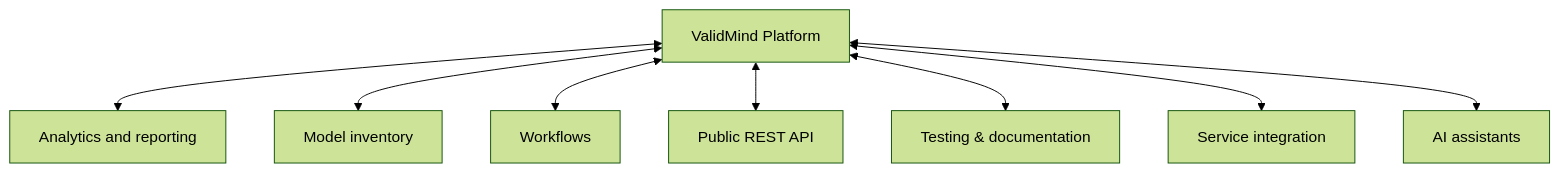
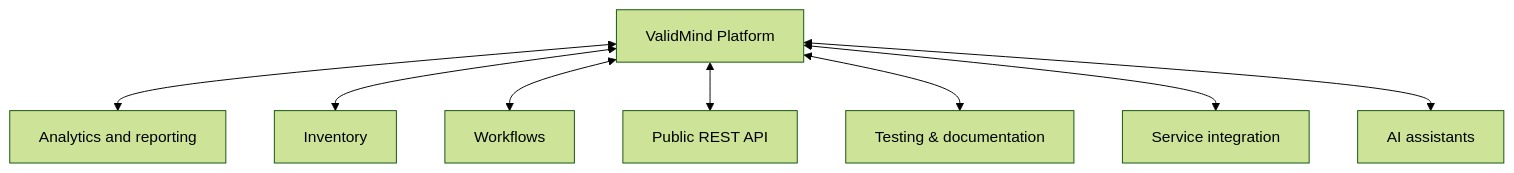
The diagram in site/guide/integrations/managing-integrations.qmd (validmind/documentation), drawn with Mermaid (forest theme) before and after one commit. The commit also changed other lines of this file and 7 other files, not shown here.

````diff
--- a/site/guide/integrations/managing-integrations.qmd
+++ b/site/guide/integrations/managing-integrations.qmd
@@ -27,19 +27,19 @@
 ```{mermaid}
 graph TD
     A[ValidMind Platform]
     B[Analytics and reporting]
-    C[Model inventory]
+    C[Inventory]
     D[Workflows]
     E[Public REST API]
     F[Testing & documentation]
     G[Service integration]
     H[AI assistants]
     
     A <--> B
     A <--> C
     A <--> D
     A <--> E
     A <--> F
     A <--> G
     A <--> H
 ```
````
